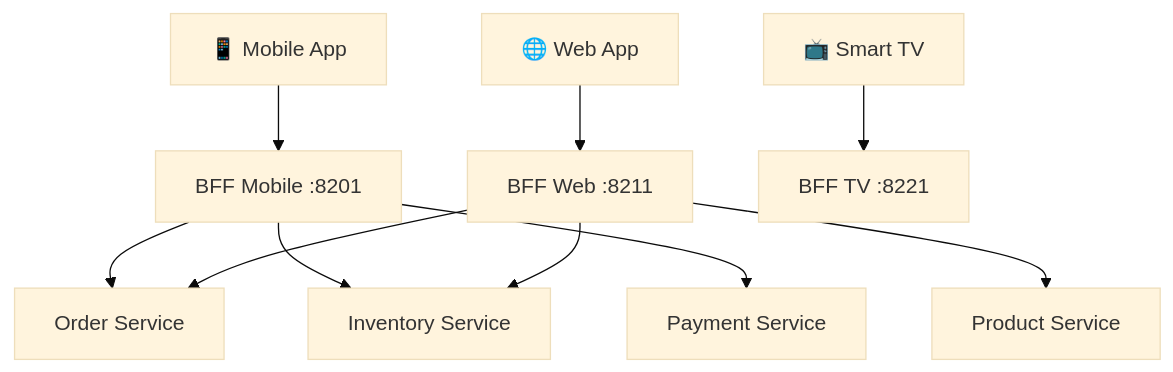
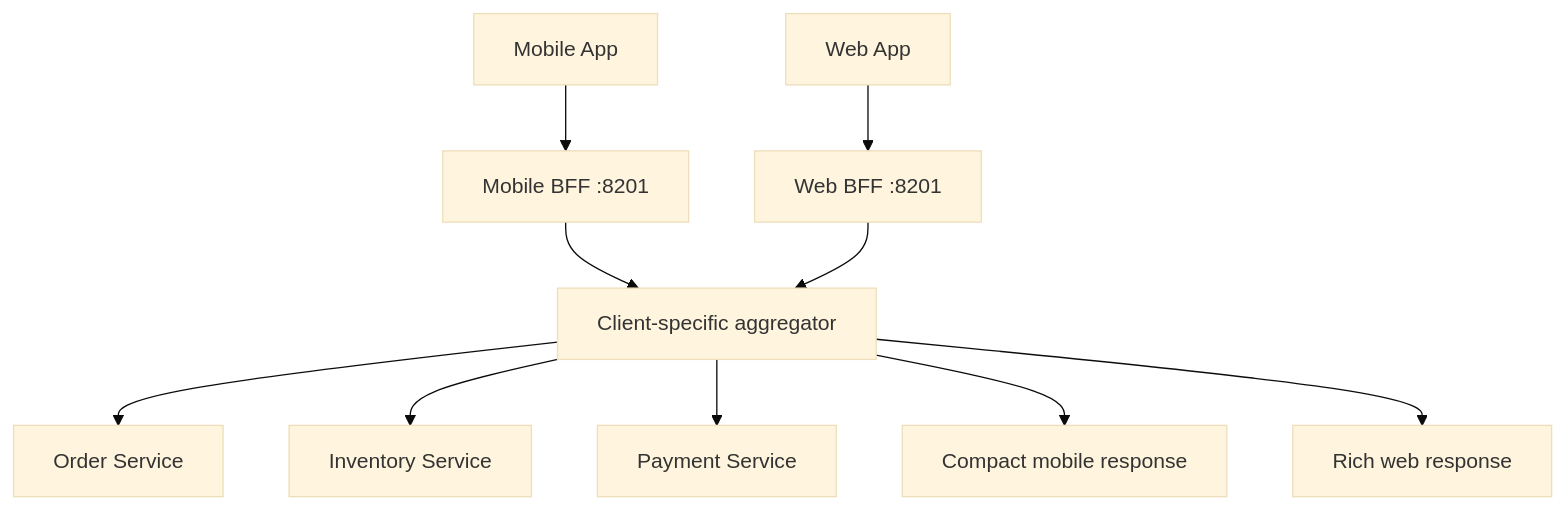
One commit to tungnath/micarch changed the first of 2 diagrams in 02-communication/02b-backend-for-frontend/README.md. Above: the diagram before and after it, drawn with Mermaid (base theme). The commit also changed other lines of this file and 145 other files, not shown here.

````diff
--- a/02-communication/02b-backend-for-frontend/README.md
+++ b/02-communication/02b-backend-for-frontend/README.md
@@ -9,14 +11,12 @@
 ```mermaid
 graph TD
-    Mobile[📱 Mobile App] --> BFF_Mobile[BFF Mobile :8201]
-    Web[🌐 Web App] --> BFF_Web[BFF Web :8211]
-    TV[📺 Smart TV] --> BFF_TV[BFF TV :8221]
-
-    BFF_Mobile --> OrderSvc[Order Service]
-    BFF_Mobile --> InventorySvc[Inventory Service]
-    BFF_Mobile --> PaymentSvc[Payment Service]
-
-    BFF_Web --> OrderSvc
-    BFF_Web --> InventorySvc
-    BFF_Web --> ProductSvc[Product Service]
+    Mobile[Mobile App] --> MobileBFF[Mobile BFF :8201]
+    Web[Web App] --> WebBFF[Web BFF :8201]
+    MobileBFF --> Aggregator[Client-specific aggregator]
+    WebBFF --> Aggregator
+    Aggregator --> Orders[Order Service]
+    Aggregator --> Inventory[Inventory Service]
+    Aggregator --> Payments[Payment Service]
+    Aggregator --> MobileShape[Compact mobile response]
+    Aggregator --> WebShape[Rich web response]
 ```
````
